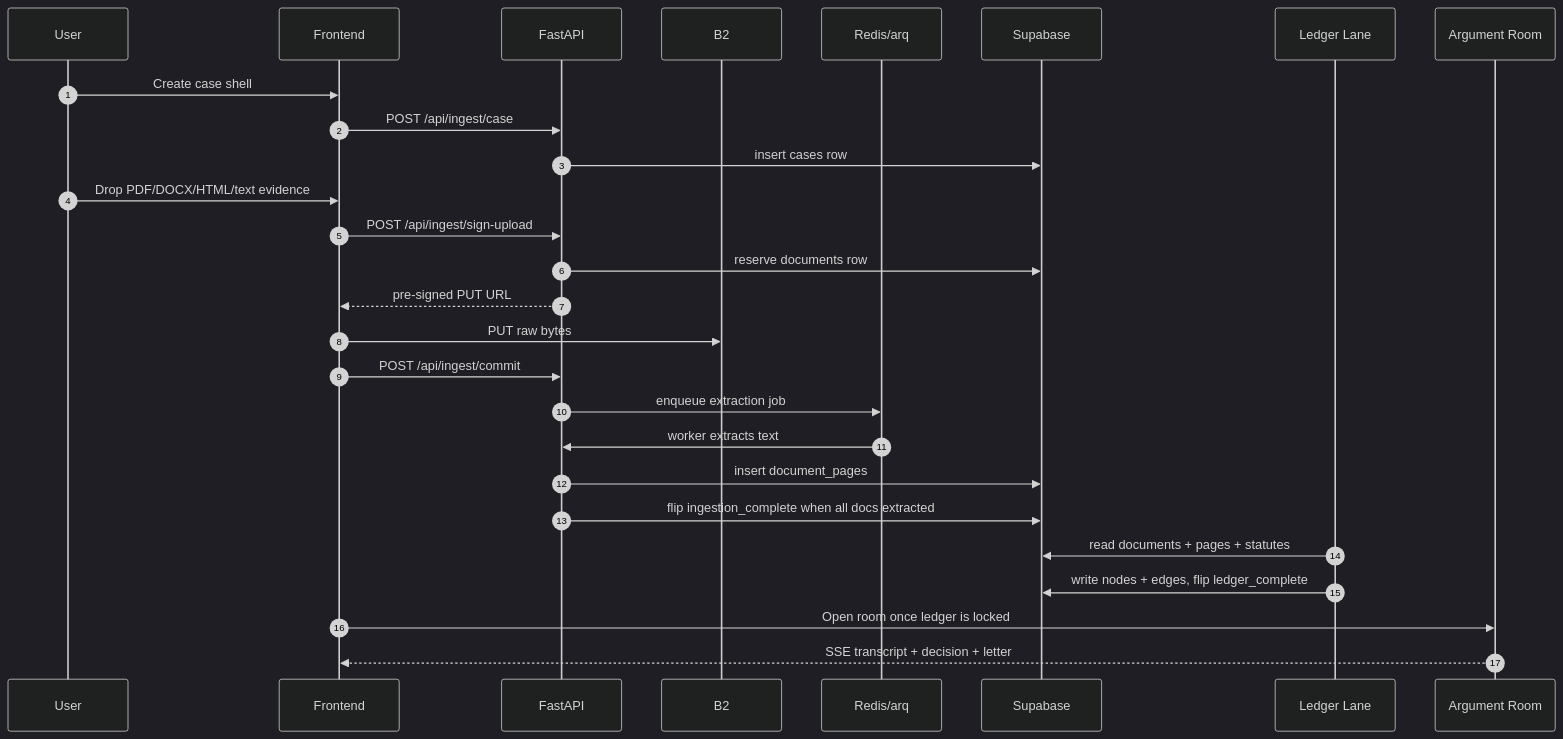
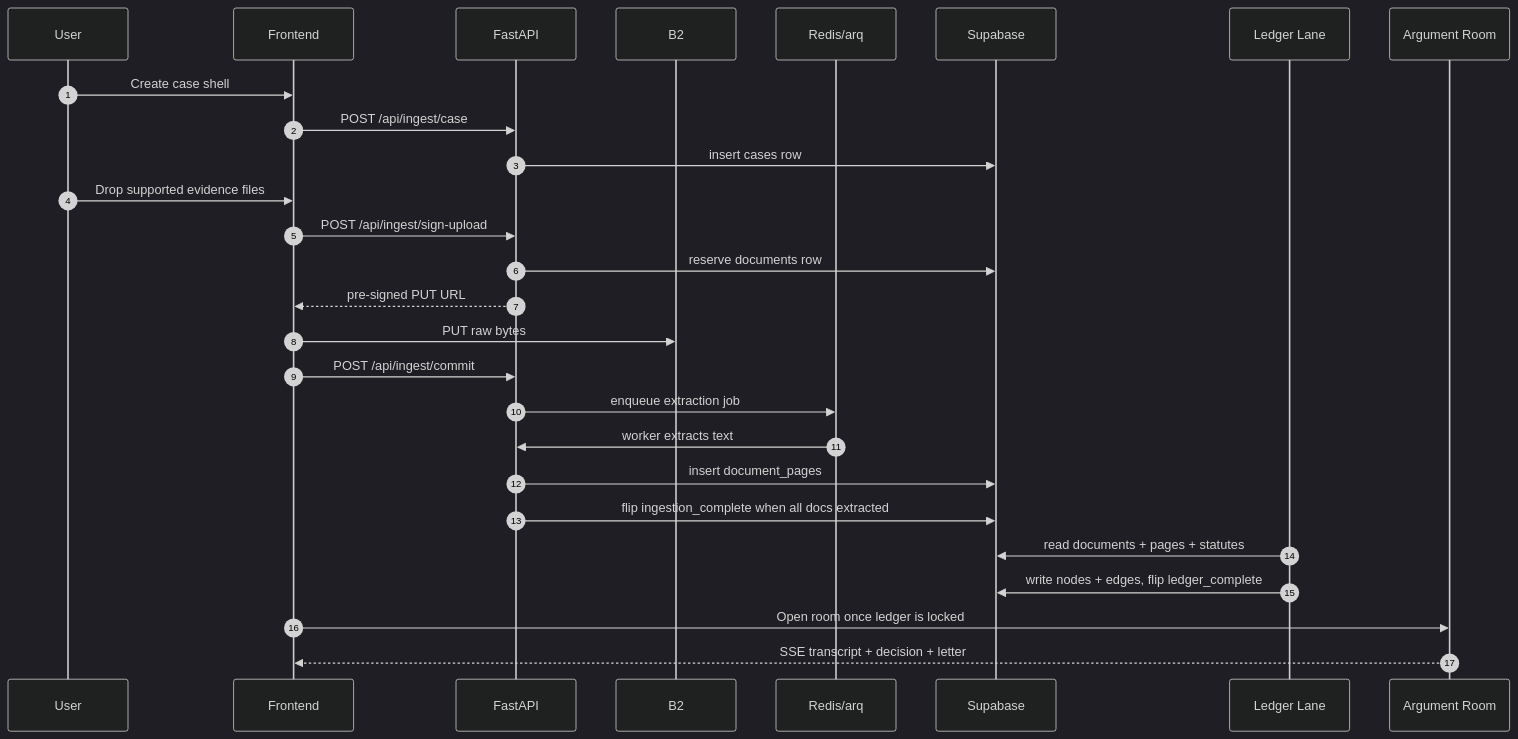
Before and after one commit to DevMhrn/argue-d-agent: the second of 2 diagrams in docs/architecture.md, drawn with Mermaid (dark theme). The commit also changed other lines of this file and 10 other files, not shown here.

````diff
--- a/docs/architecture.md
+++ b/docs/architecture.md
@@ -53,30 +53,30 @@
 ```mermaid
 sequenceDiagram
   autonumber
   participant U as User
   participant F as Frontend
   participant A as FastAPI
   participant B as B2
   participant Q as Redis/arq
   participant D as Supabase
   participant L as Ledger Lane
   participant R as Argument Room
 
   U->>F: Create case shell
   F->>A: POST /api/ingest/case
   A->>D: insert cases row
-  U->>F: Drop PDF/DOCX/HTML/text evidence
+  U->>F: Drop supported evidence files
   F->>A: POST /api/ingest/sign-upload
   A->>D: reserve documents row
   A-->>F: pre-signed PUT URL
   F->>B: PUT raw bytes
   F->>A: POST /api/ingest/commit
   A->>Q: enqueue extraction job
   Q->>A: worker extracts text
   A->>D: insert document_pages
   A->>D: flip ingestion_complete when all docs extracted
   L->>D: read documents + pages + statutes
   L->>D: write nodes + edges, flip ledger_complete
   F->>R: Open room once ledger is locked
   R-->>F: SSE transcript + decision + letter
 ```
````
